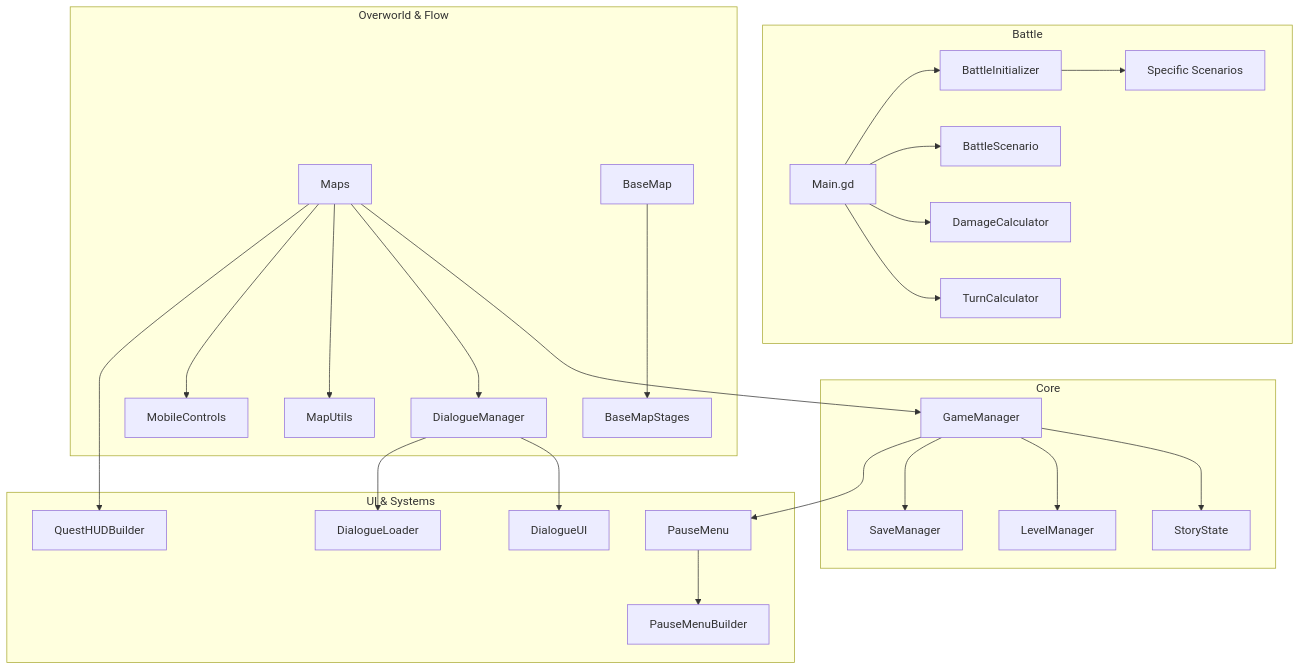
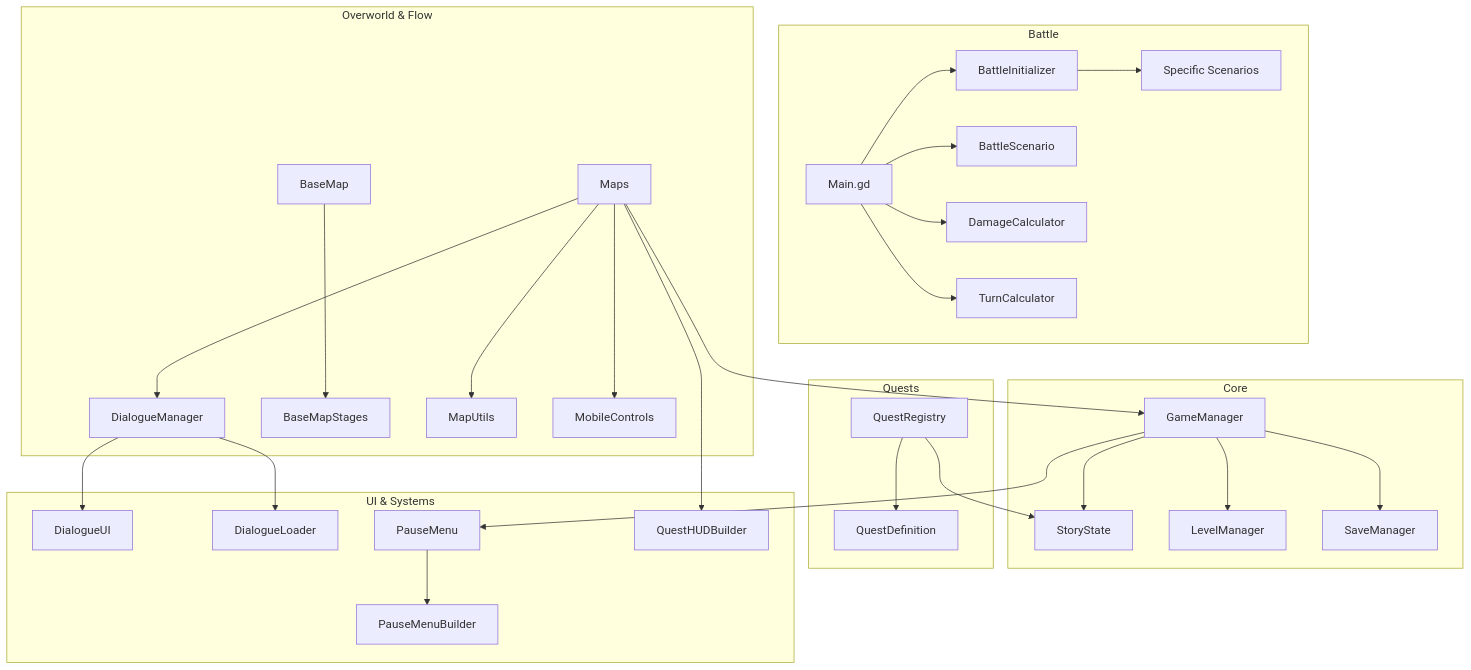
One commit to kei-kochiya/SekaiRPG changed the diagram in ARCHITECTURE.md. Above: the diagram before and after it, drawn with Mermaid. The commit also changed other lines of this file and 40 other files, not shown here.

Commit message:
feat: add Quests metadata system, fix combat/boss/UI bugs, and update architecture docs

````diff
--- a/ARCHITECTURE.md
+++ b/ARCHITECTURE.md
@@ -137,32 +164,37 @@
 ```mermaid
 graph TD
     subgraph Core
         GM[GameManager] --> SS[StoryState]
         GM --> LM[LevelManager]
         GM --> SManager[SaveManager]
+    end
+
+    subgraph Quests
+        QR[QuestRegistry] --> QD[QuestDefinition]
+        QR --> SS
     end
 
     subgraph Battle
         M[Main.gd] --> BI[BattleInitializer]
         M --> BS[BattleScenario]
         M --> DC[DamageCalculator]
         M --> TC[TurnCalculator]
         BI --> SC[Specific Scenarios]
     end
 
     subgraph Overworld & Flow
         MAP[Maps] --> GM
         MAP --> DM[DialogueManager]
         BM[BaseMap] --> BSt[BaseMapStages]
         MAP --> MU[MapUtils]
         MAP --> MC[MobileControls]
     end
 
     subgraph UI & Systems
         DM --> DUI[DialogueUI]
         DM --> DL[DialogueLoader]
         GM --> PM[PauseMenu]
         PM --> PMB[PauseMenuBuilder]
         MAP --> QHB[QuestHUDBuilder]
     end
 ```
````
